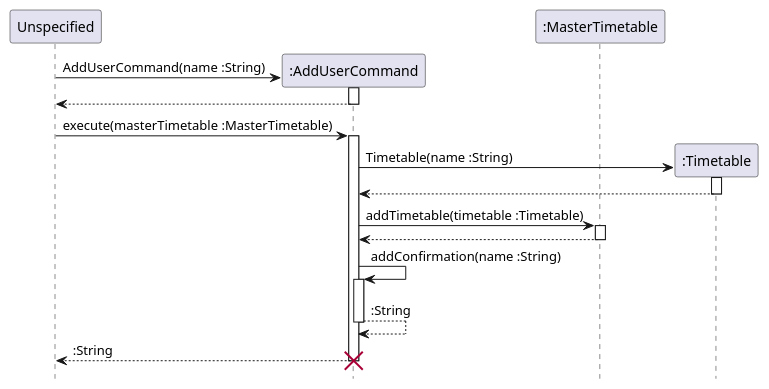
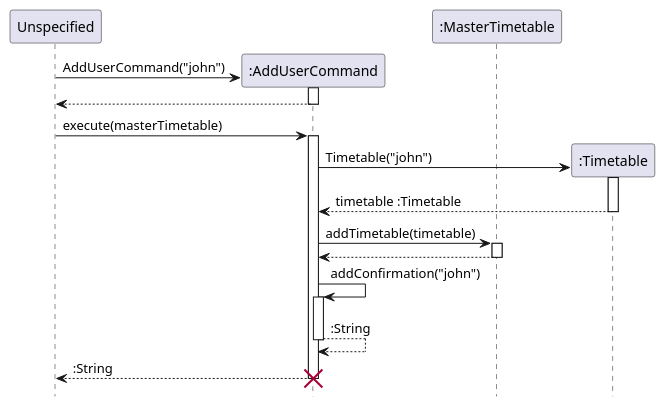
One commit to nus-cs2113-AY2122S2/tp changed the diagram in docs/diagrams/AddUserCommandSequenceDiagram.puml. Above: the diagram before and after it, drawn with PlantUML. The commit also changed 10 other files, not shown here.

Commit message:
Add Parser class diagrams

```diff
--- a/docs/diagrams/AddUserCommandSequenceDiagram.puml
+++ b/docs/diagrams/AddUserCommandSequenceDiagram.puml
@@ -1,37 +1,37 @@
 @startuml
 hide footbox
 
 participant "Unspecified" as none
 participant ":AddUserCommand" as Command
 participant ":MasterTimetable" as Master
 participant ":Timetable" as Timetable
 
 create Command
-none -> Command : AddUserCommand(name :String)
+none -> Command : AddUserCommand("john")
 activate Command
 none <-- Command :
 deactivate Command
 
-none -> Command : execute(masterTimetable :MasterTimetable)
+none -> Command : execute(masterTimetable)
 activate Command
 create Timetable
-Command -> Timetable : Timetable(name :String)
+Command -> Timetable : Timetable("john")
 activate Timetable
-Command <-- Timetable
+Command <-- Timetable : timetable :Timetable
 deactivate Timetable
 
-Command ->  Master : addTimetable(timetable :Timetable)
+Command ->  Master : addTimetable(timetable)
 activate Master
 Command <-- Master
 deactivate Master
 
-Command -> Command : addConfirmation(name :String)
+Command -> Command : addConfirmation("john")
 activate Command
 Command --> Command : :String
 deactivate Command
 
 none <-- Command : :String
 deactivate Command
 destroy Command
 
 @enduml
```
